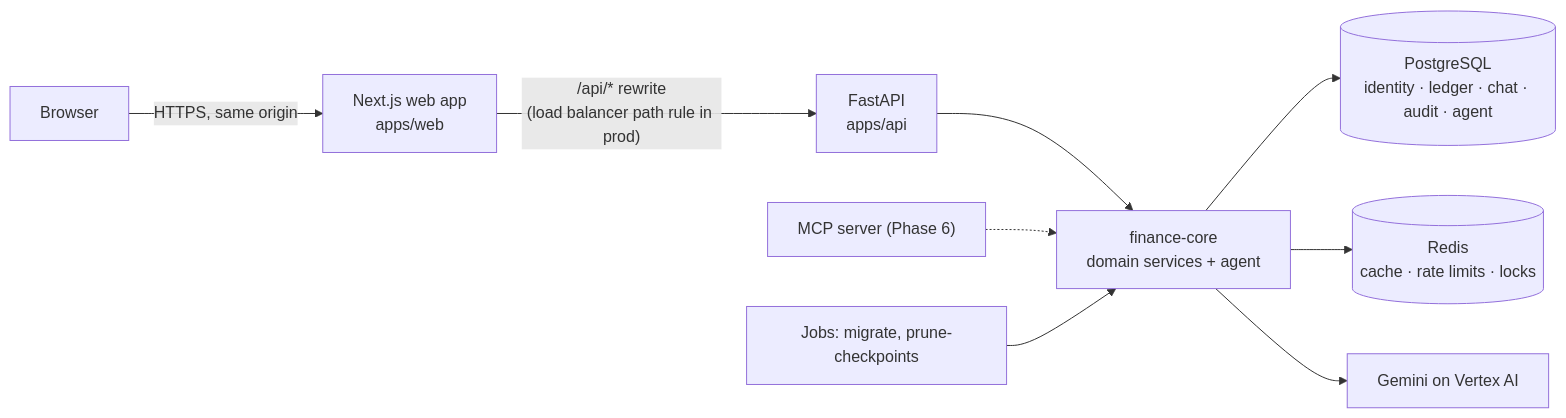
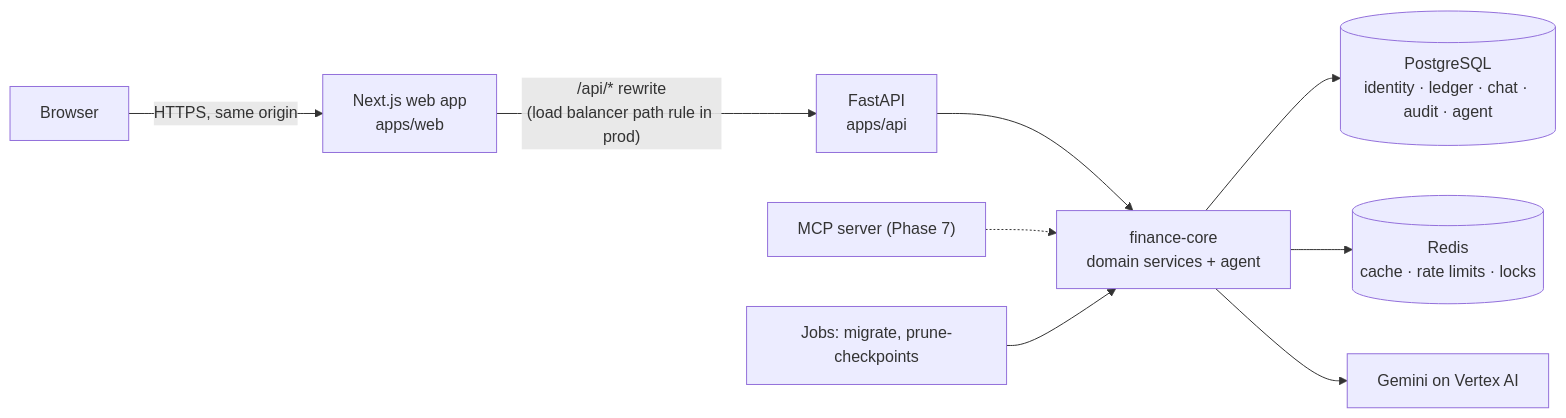
One commit to miteshjadav98/TrackMySpend changed the first of 2 diagrams in docs/architecture.md. Above: the diagram before and after it, drawn with Mermaid. The commit also changed other lines of this file and 1 other file, not shown here.

First line of the commit message:
Roadmap: voice and Indian languages move to Phase 6, MCP server to Phase 7

````diff
--- a/docs/architecture.md
+++ b/docs/architecture.md
@@ -26,11 +26,11 @@
 ```mermaid
 flowchart LR
     browser["Browser"] -->|"HTTPS, same origin"| web["Next.js web app<br/>apps/web"]
     web -->|"/api/* rewrite<br/>(load balancer path rule in prod)"| api["FastAPI<br/>apps/api"]
     api --> core["finance-core<br/>domain services + agent"]
     core --> pg[("PostgreSQL<br/>identity · ledger · chat · audit · agent")]
     core --> redis[("Redis<br/>cache · rate limits · locks")]
     core --> gemini["Gemini on Vertex AI"]
-    mcp["MCP server (Phase 6)"] -.-> core
+    mcp["MCP server (Phase 7)"] -.-> core
     jobs["Jobs: migrate, prune-checkpoints"] --> core
 ```
````
